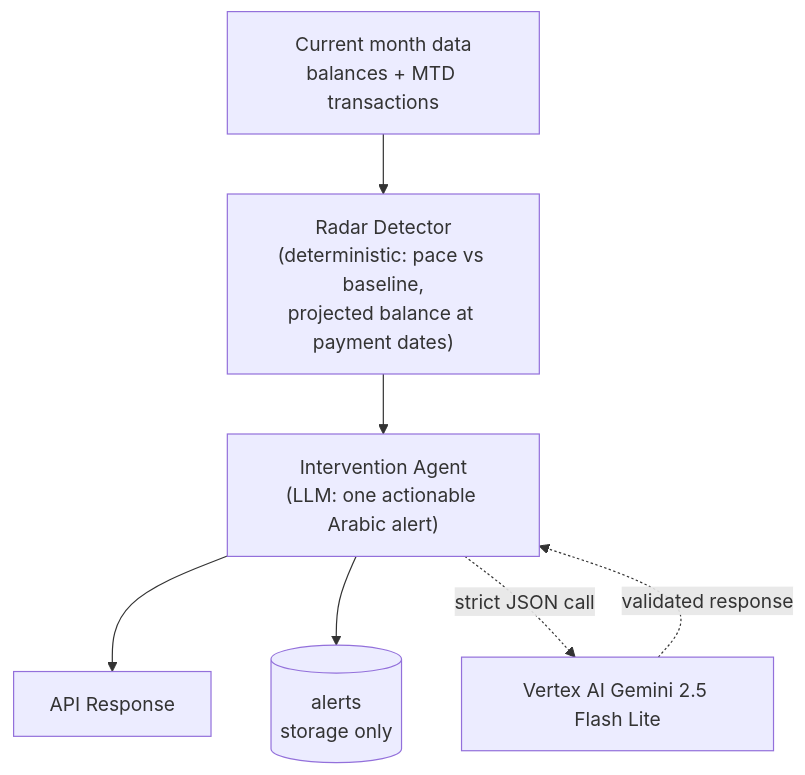
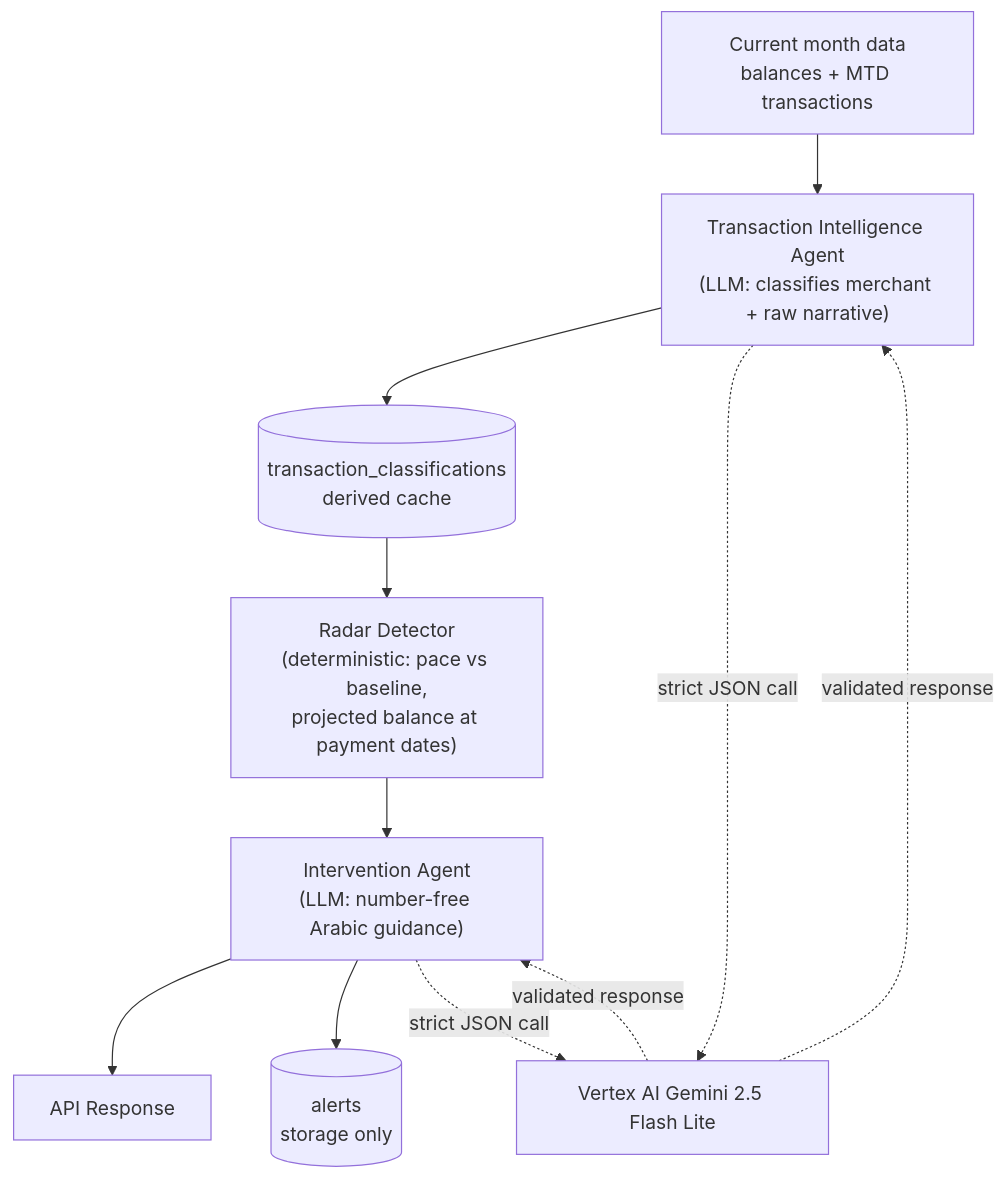
The second of 2 diagrams in Agentic-Workflow.md (krrizzer/edraak), drawn with Mermaid before and after one commit. The commit also changed other lines of this file and 70 other files, not shown here.

````diff
--- a/Agentic-Workflow.md
+++ b/Agentic-Workflow.md
@@ -38,14 +46,18 @@
 ```mermaid
 flowchart TD
     A2["Current month data<br/>balances + MTD transactions"]
+    TC["Transaction Intelligence Agent<br/>(LLM: classifies merchant + raw narrative)"]
+    CC[("transaction_classifications<br/>derived cache")]
     RD["Radar Detector<br/>(deterministic: pace vs baseline,<br/>projected balance at payment dates)"]
-    IA["Intervention Agent<br/>(LLM: one actionable Arabic alert)"]
+    IA["Intervention Agent<br/>(LLM: number-free Arabic guidance)"]
     AL[("alerts<br/>storage only")]
     R2["API Response"]
     L2["Vertex AI Gemini 2.5 Flash Lite"]
 
-    A2 --> RD --> IA --> R2
+    A2 --> TC --> CC --> RD --> IA --> R2
     IA --> AL
     IA -. strict JSON call .-> L2
+    TC -. strict JSON call .-> L2
     L2 -. validated response .-> IA
+    L2 -. validated response .-> TC
 ```
````
